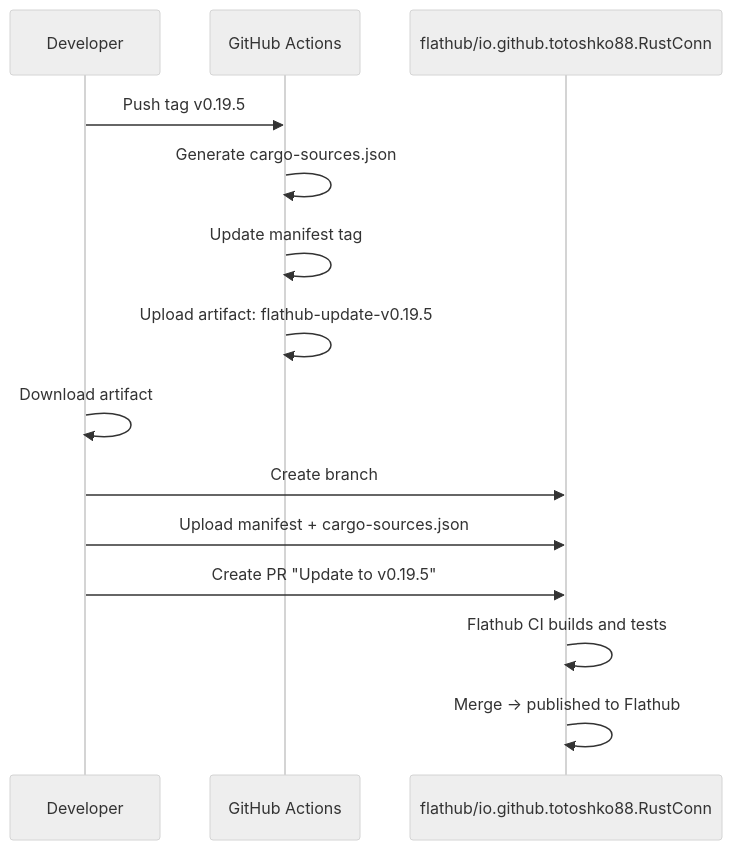
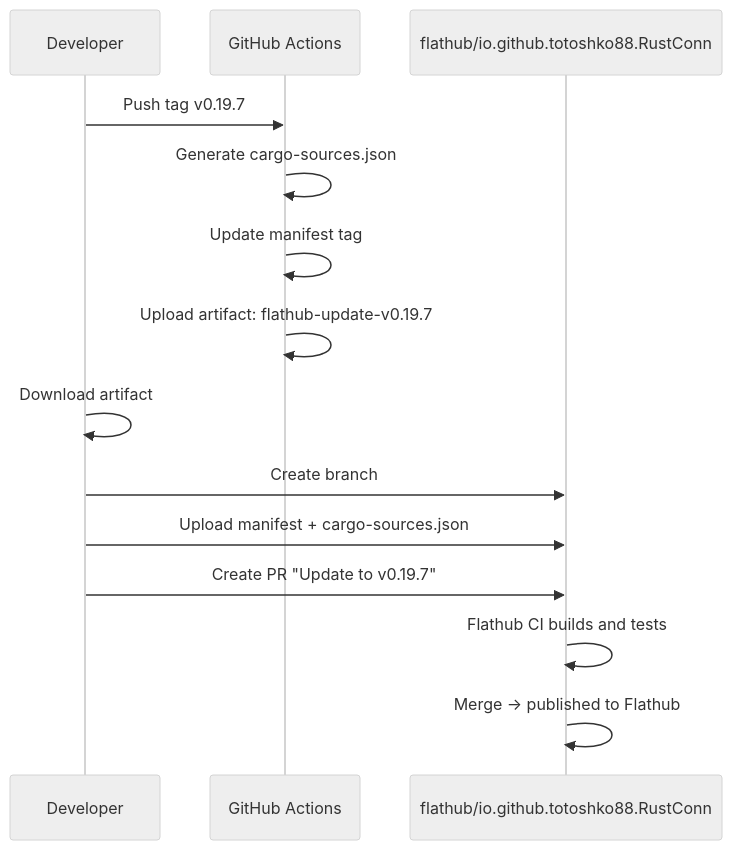
The sixth of 6 diagrams in docs/CI_BUILD_FLOW.md (philclifford/RustConn), drawn with Mermaid (neutral theme) before and after one commit. The commit also changed other lines of this file and 47 other files, not shown here.

````diff
--- a/docs/CI_BUILD_FLOW.md
+++ b/docs/CI_BUILD_FLOW.md
@@ -255,18 +255,18 @@
 ```mermaid
 sequenceDiagram
     participant Dev as Developer
     participant GH as GitHub Actions
     participant FH as flathub/io.github.totoshko88.RustConn
 
-    Dev->>GH: Push tag v0.19.5
+    Dev->>GH: Push tag v0.19.7
     GH->>GH: Generate cargo-sources.json
     GH->>GH: Update manifest tag
-    GH->>GH: Upload artifact: flathub-update-v0.19.5
+    GH->>GH: Upload artifact: flathub-update-v0.19.7
 
     Dev->>Dev: Download artifact
     Dev->>FH: Create branch
     Dev->>FH: Upload manifest + cargo-sources.json
-    Dev->>FH: Create PR "Update to v0.19.5"
+    Dev->>FH: Create PR "Update to v0.19.7"
     FH->>FH: Flathub CI builds and tests
     FH->>FH: Merge → published to Flathub
 ```
````
